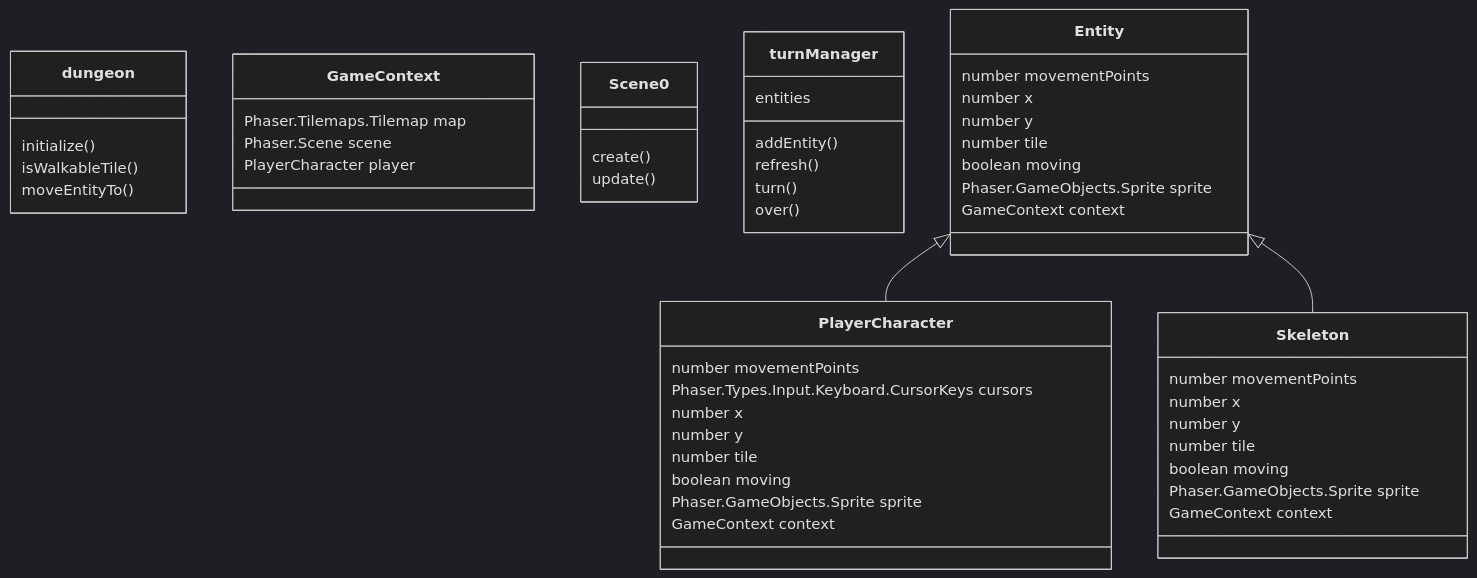
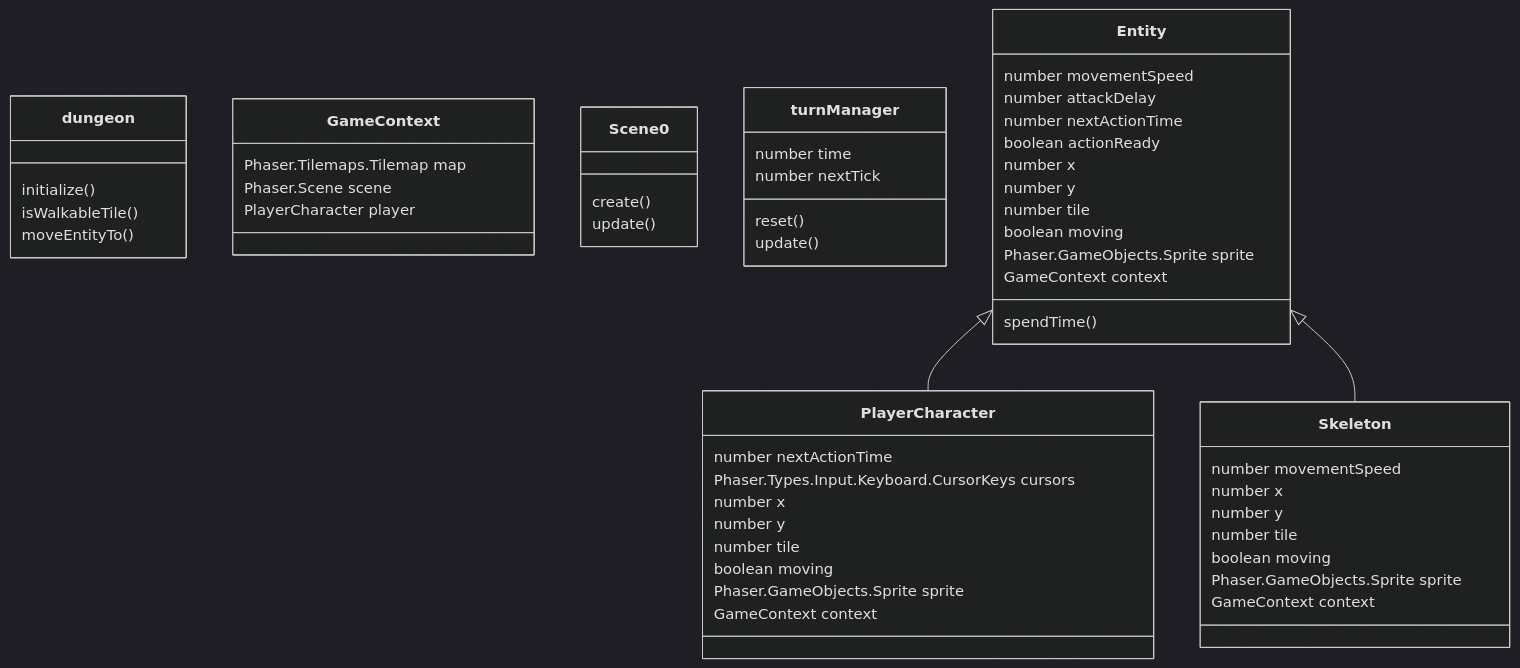
One commit to GuyKroizman/my-site changed the diagram in src/games/rogue0/README.md. Above: the diagram before and after it, drawn with Mermaid (dark theme). The commit also changed other lines of this file and 34 other files, not shown here.

````diff
--- a/src/games/rogue0/README.md
+++ b/src/games/rogue0/README.md
@@ -6,63 +40,66 @@
 ```mermaid
 classDiagram
 
     class dungeon{
       initialize()
       isWalkableTile()
       moveEntityTo()      
     }
 
     class GameContext{
         Phaser.Tilemaps.Tilemap map
         Phaser.Scene scene
         PlayerCharacter player
     }
 
     class Scene0{
         create()
         update()
     }
 
     class PlayerCharacter{
-        number movementPoints
+        number nextActionTime
         Phaser.Types.Input.Keyboard.CursorKeys cursors 
         number x
         number y
         number tile
         boolean moving
         Phaser.GameObjects.Sprite sprite
         GameContext context
     }
     
     class Skeleton{
-        number movementPoints
+        number movementSpeed
         number x
         number y
         number tile
         boolean moving
         Phaser.GameObjects.Sprite sprite
         GameContext context
     }
 
     class turnManager{
-        entities
-        addEntity()
-        refresh()
-        turn()
-        over()
+        number time
+        number nextTick
+        reset()
+        update()
     }
     
     class Entity{
-        number movementPoints
+        number movementSpeed
+        number attackDelay
+        number nextActionTime
+        boolean actionReady
+        spendTime()
         number x
         number y
         number tile
         boolean moving
         Phaser.GameObjects.Sprite sprite
         GameContext context
     }
     
     Entity <|-- PlayerCharacter
     Entity <|-- Skeleton
 
 ```
````
